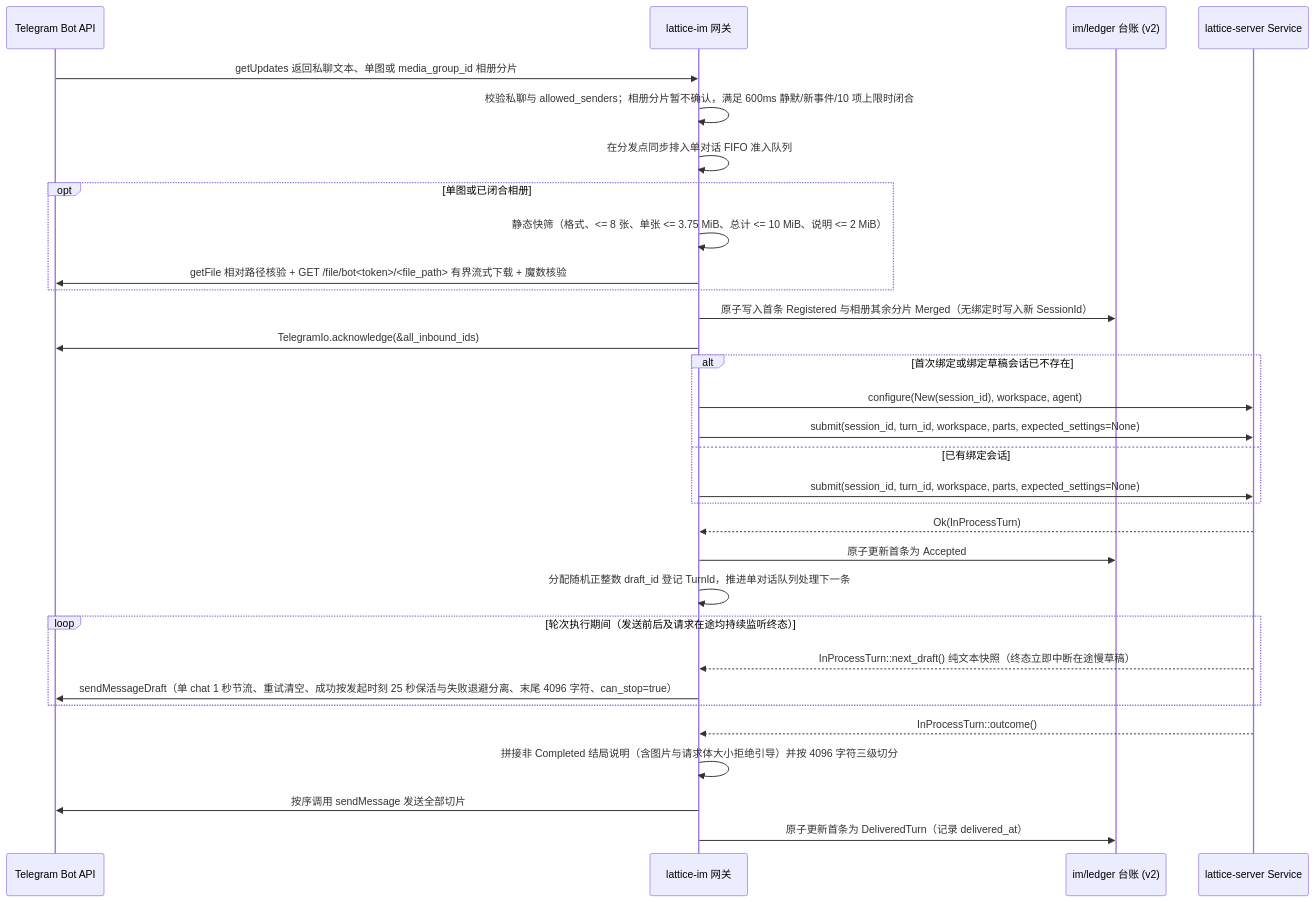
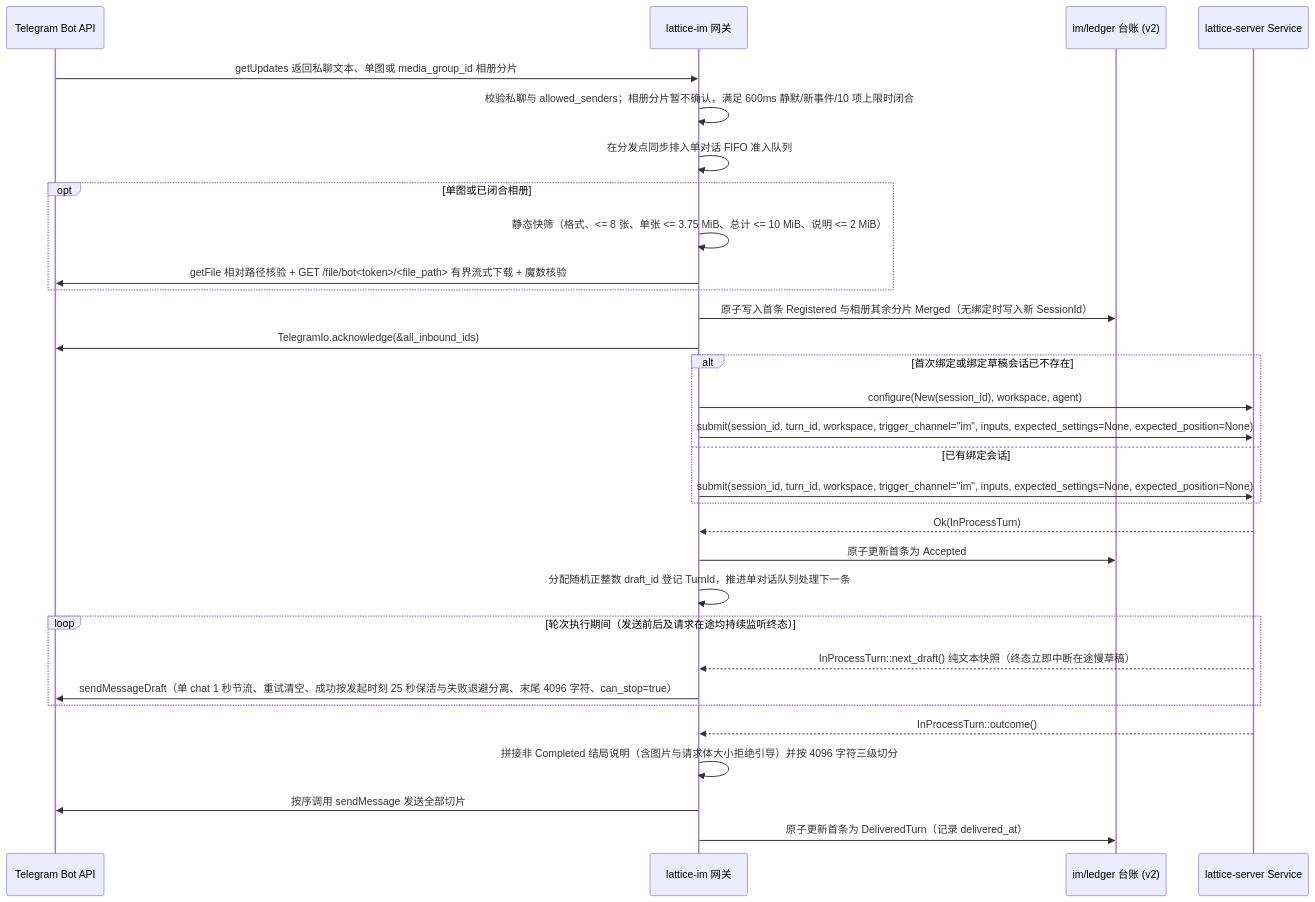
One commit to Skyline10124/lattice changed the first of 2 diagrams in docs/architecture/im.md. Above: the diagram before and after it, drawn with Mermaid. The commit also changed 109 other files, not shown here.

First line of the commit message:
feat(ipc,local,server,tui)!: 解耦跨层对话视图并接通上下文 IPC 与位置基线 (#434)

````diff
--- a/docs/architecture/im.md
+++ b/docs/architecture/im.md
@@ -123,34 +123,34 @@
 ```mermaid
 sequenceDiagram
     participant TG as Telegram Bot API
     participant IM as lattice-im 网关
     participant LG as im/ledger 台账 (v2)
     participant SV as lattice-server Service
 
     TG->>IM: getUpdates 返回私聊文本、单图或 media_group_id 相册分片
     IM->>IM: 校验私聊与 allowed_senders；相册分片暂不确认，满足 600ms 静默/新事件/10 项上限时闭合
     IM->>IM: 在分发点同步排入单对话 FIFO 准入队列
     opt 单图或已闭合相册
         IM->>IM: 静态快筛（格式、<= 8 张、单张 <= 3.75 MiB、总计 <= 10 MiB、说明 <= 2 MiB）
         IM->>TG: getFile 相对路径核验 + GET /file/bot<token>/<file_path> 有界流式下载 + 魔数核验
     end
     IM->>LG: 原子写入首条 Registered 与相册其余分片 Merged（无绑定时写入新 SessionId）
     IM->>TG: TelegramIo.acknowledge(&all_inbound_ids)
     alt 首次绑定或绑定草稿会话已不存在
         IM->>SV: configure(New(session_id), workspace, agent)
-        IM->>SV: submit(session_id, turn_id, workspace, parts, expected_settings=None)
+        IM->>SV: submit(session_id, turn_id, workspace, trigger_channel="im", inputs, expected_settings=None, expected_position=None)
     else 已有绑定会话
-        IM->>SV: submit(session_id, turn_id, workspace, parts, expected_settings=None)
+        IM->>SV: submit(session_id, turn_id, workspace, trigger_channel="im", inputs, expected_settings=None, expected_position=None)
     end
     SV-->>IM: Ok(InProcessTurn)
     IM->>LG: 原子更新首条为 Accepted
     IM->>IM: 分配随机正整数 draft_id 登记 TurnId，推进单对话队列处理下一条
     loop 轮次执行期间（发送前后及请求在途均持续监听终态）
         SV-->>IM: InProcessTurn::next_draft() 纯文本快照（终态立即中断在途慢草稿）
         IM->>TG: sendMessageDraft（单 chat 1 秒节流、重试清空、成功按发起时刻 25 秒保活与失败退避分离、末尾 4096 字符、can_stop=true）
     end
     SV-->>IM: InProcessTurn::outcome()
     IM->>IM: 拼接非 Completed 结局说明（含图片与请求体大小拒绝引导）并按 4096 字符三级切分
     IM->>TG: 按序调用 sendMessage 发送全部切片
     IM->>LG: 原子更新首条为 DeliveredTurn（记录 delivered_at）
 ```
````
